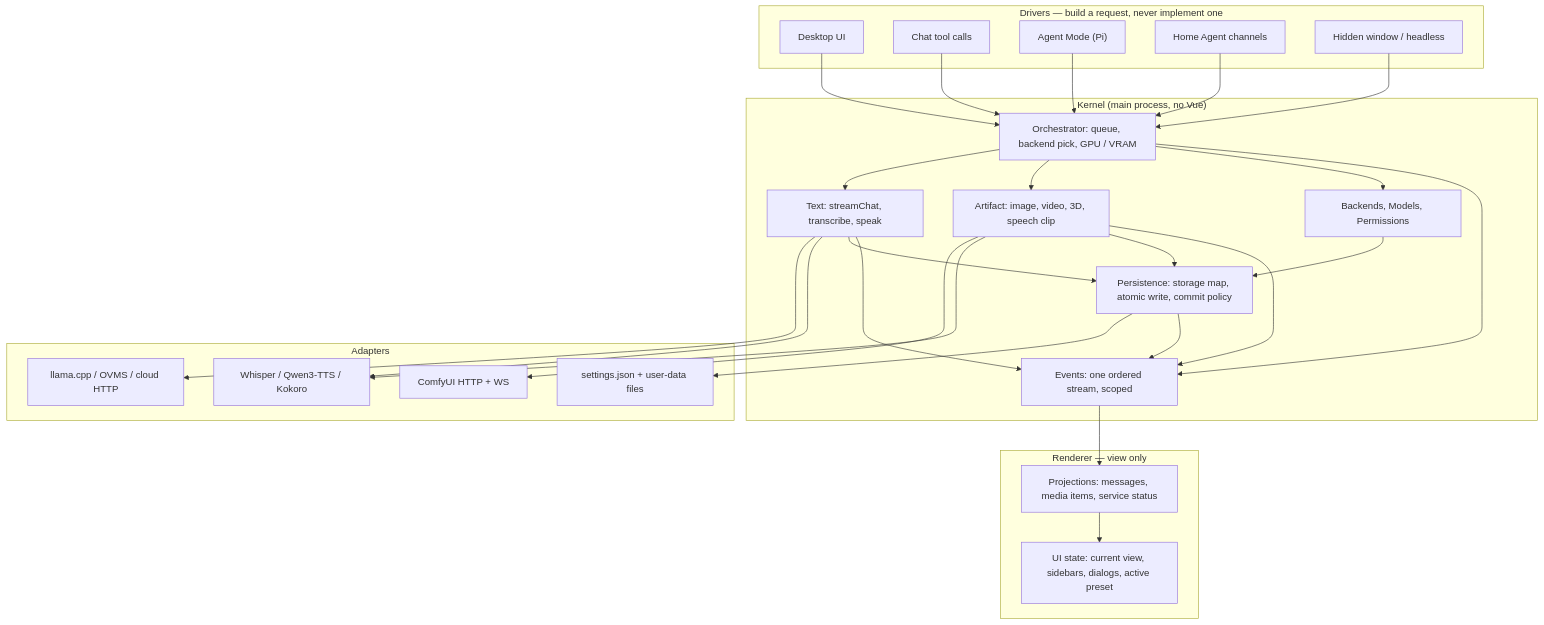
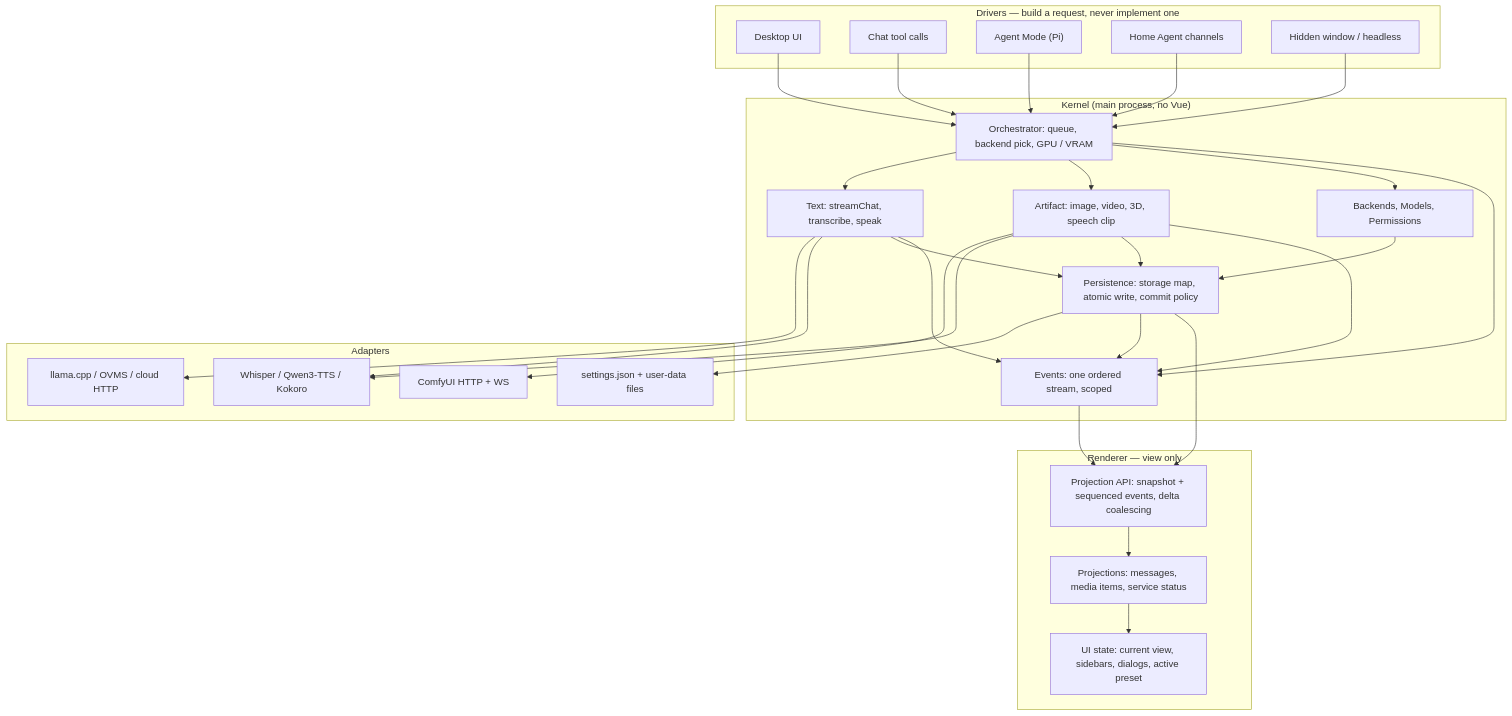
The second of 6 diagrams in docs/architecture-target.md (TNG/AI-Playground), drawn with Mermaid before and after one commit. The commit also changed other lines of this file and 1 other file, not shown here.

Commit message:
docs: close target architecture review gaps

````diff
--- a/docs/architecture-target.md
+++ b/docs/architecture-target.md
@@ -114,58 +114,61 @@
 ```mermaid
 flowchart TD
   subgraph drivers["Drivers — build a request, never implement one"]
     ui["Desktop UI"]
     chatTools["Chat tool calls"]
     agent["Agent Mode (Pi)"]
     ha["Home Agent channels"]
     hidden["Hidden window / headless"]
   end
 
   subgraph kernel["Kernel (main process, no Vue)"]
     orch["Orchestrator: queue, backend pick, GPU / VRAM"]
     text["Text: streamChat, transcribe, speak"]
     artifact["Artifact: image, video, 3D, speech clip"]
     support["Backends, Models, Permissions"]
     persist["Persistence: storage map, atomic write, commit policy"]
     bus["Events: one ordered stream, scoped"]
   end
 
   subgraph adapters["Adapters"]
     inference["llama.cpp / OVMS / cloud HTTP"]
     comfy["ComfyUI HTTP + WS"]
     speech["Whisper / Qwen3-TTS / Kokoro"]
     store["settings.json + user-data files"]
   end
 
   subgraph view["Renderer — view only"]
+    bridge["Projection API: snapshot + sequenced events, delta coalescing"]
     projection["Projections: messages, media items, service status"]
     uiState2["UI state: current view, sidebars, dialogs, active preset"]
   end
 
   ui --> orch
   chatTools --> orch
   agent --> orch
   ha --> orch
   hidden --> orch
 
   orch --> text
   orch --> artifact
   orch --> support
 
   text --> inference
   text --> speech
   artifact --> comfy
   artifact --> speech
 
   text --> persist
   artifact --> persist
   support --> persist
   persist --> store
 
   orch --> bus
   text --> bus
   artifact --> bus
   persist --> bus
-  bus --> projection
+  bus --> bridge
+  persist --> bridge
+  bridge --> projection
   projection --> uiState2
 ```
````
